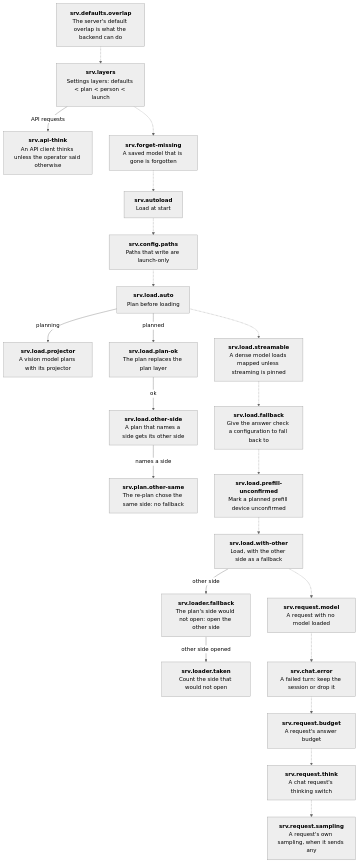
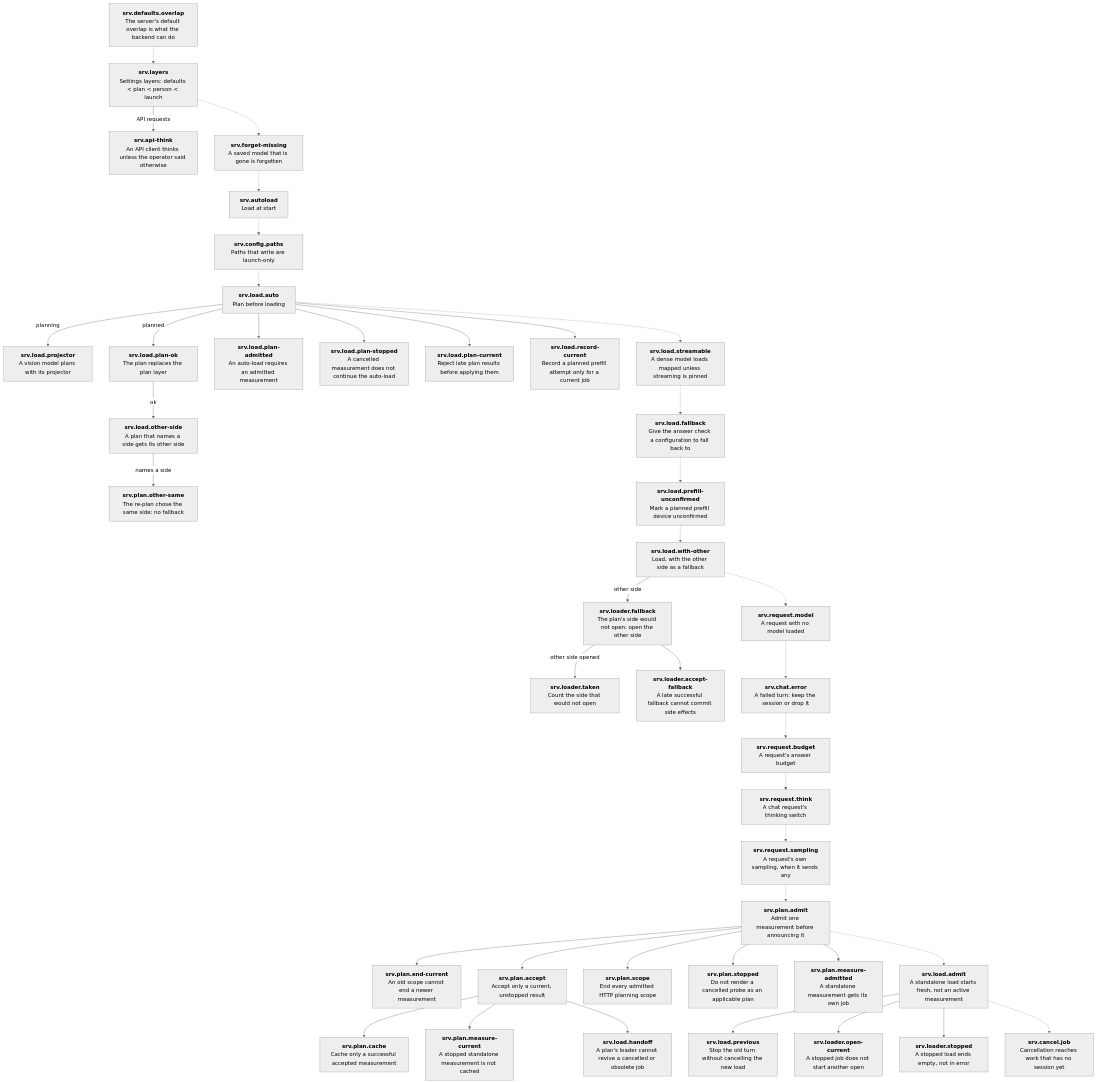
Before and after one commit to Helldez/BigMoeOnEdge: the third of 7 diagrams in docs/decision-tree.md, drawn with Mermaid (neutral theme). The commit also changed other lines of this file and 22 other files, not shown here.

First line of the commit message:
fix(server): cancel model loading and planning

````diff
--- a/docs/decision-tree.md
+++ b/docs/decision-tree.md
@@ -297,6 +297,25 @@
     srv_request_budget["<b>srv.request.budget</b><br/>A request's answer budget"]
     srv_request_think["<b>srv.request.think</b><br/>A chat request's thinking switch"]
     srv_request_sampling["<b>srv.request.sampling</b><br/>A request's own sampling, when it sends any"]
+    srv_plan_admit["<b>srv.plan.admit</b><br/>Admit one measurement before announcing it"]
+    srv_plan_end_current["<b>srv.plan.end-current</b><br/>An old scope cannot end a newer measurement"]
+    srv_plan_accept["<b>srv.plan.accept</b><br/>Accept only a current, unstopped result"]
+    srv_plan_scope["<b>srv.plan.scope</b><br/>End every admitted HTTP planning scope"]
+    srv_plan_stopped["<b>srv.plan.stopped</b><br/>Do not render a cancelled probe as an applicable plan"]
+    srv_plan_measure_admitted["<b>srv.plan.measure-admitted</b><br/>A standalone measurement gets its own job"]
+    srv_plan_cache["<b>srv.plan.cache</b><br/>Cache only a successful accepted measurement"]
+    srv_plan_measure_current["<b>srv.plan.measure-current</b><br/>A stopped standalone measurement is not cached"]
+    srv_load_plan_admitted["<b>srv.load.plan-admitted</b><br/>An auto-load requires an admitted measurement"]
+    srv_load_plan_stopped["<b>srv.load.plan-stopped</b><br/>A cancelled measurement does not continue the auto-load"]
+    srv_load_plan_current["<b>srv.load.plan-current</b><br/>Reject late plan results before applying them"]
+    srv_load_record_current["<b>srv.load.record-current</b><br/>Record a planned prefill attempt only for a current job"]
+    srv_load_handoff["<b>srv.load.handoff</b><br/>A plan's loader cannot revive a cancelled or obsolete job"]
+    srv_load_admit["<b>srv.load.admit</b><br/>A standalone load starts fresh, not an active measurement"]
+    srv_load_previous["<b>srv.load.previous</b><br/>Stop the old turn without cancelling the new load"]
+    srv_loader_open_current["<b>srv.loader.open-current</b><br/>A stopped job does not start another open"]
+    srv_loader_accept_fallback["<b>srv.loader.accept-fallback</b><br/>A late successful fallback cannot commit side effects"]
+    srv_loader_stopped["<b>srv.loader.stopped</b><br/>A stopped load ends empty, not in error"]
+    srv_cancel_job["<b>srv.cancel.job</b><br/>Cancellation reaches work that has no session yet"]
     srv_layers -->|"API requests"| srv_api_think
     srv_load_auto -->|"planning"| srv_load_projector
     srv_load_auto -->|"planned"| srv_load_plan_ok
@@ -304,6 +323,22 @@
     srv_load_other_side -->|"names a side"| srv_plan_other_same
     srv_load_with_other -->|"other side"| srv_loader_fallback
     srv_loader_fallback -->|"other side opened"| srv_loader_taken
+    srv_plan_admit --> srv_plan_end_current
+    srv_plan_admit --> srv_plan_accept
+    srv_plan_admit --> srv_plan_scope
+    srv_plan_admit --> srv_plan_stopped
+    srv_plan_admit --> srv_plan_measure_admitted
+    srv_plan_accept --> srv_plan_cache
+    srv_plan_accept --> srv_plan_measure_current
+    srv_load_auto --> srv_load_plan_admitted
+    srv_load_auto --> srv_load_plan_stopped
+    srv_load_auto --> srv_load_plan_current
+    srv_load_auto --> srv_load_record_current
+    srv_plan_accept --> srv_load_handoff
+    srv_load_admit --> srv_load_previous
+    srv_load_admit --> srv_loader_open_current
+    srv_loader_fallback --> srv_loader_accept_fallback
+    srv_load_admit --> srv_loader_stopped
     srv_defaults_overlap -.-> srv_layers
     srv_layers -.-> srv_forget_missing
     srv_forget_missing -.-> srv_autoload
@@ -318,4 +353,7 @@
     srv_chat_error -.-> srv_request_budget
     srv_request_budget -.-> srv_request_think
     srv_request_think -.-> srv_request_sampling
+    srv_request_sampling -.-> srv_plan_admit
+    srv_plan_admit -.-> srv_load_admit
+    srv_load_admit -.-> srv_cancel_job
 ```
````
